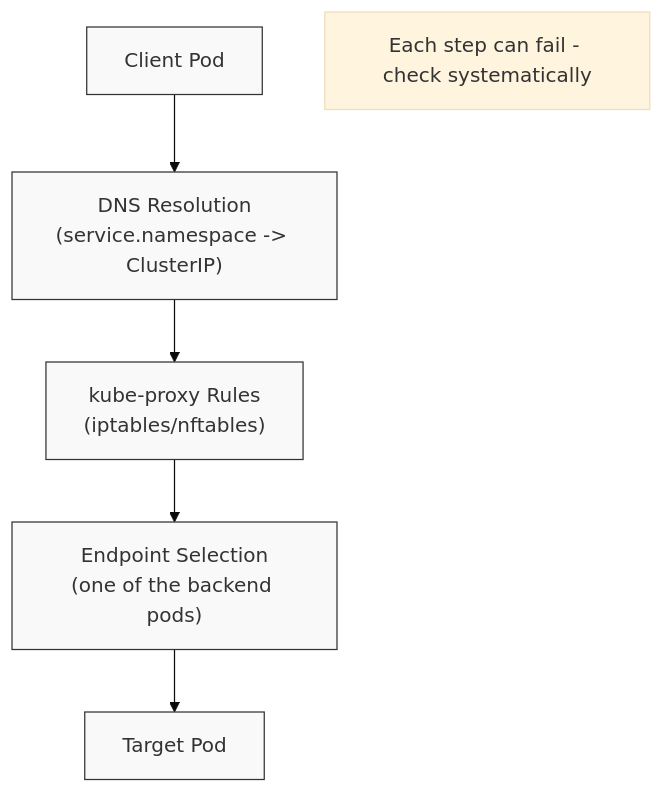
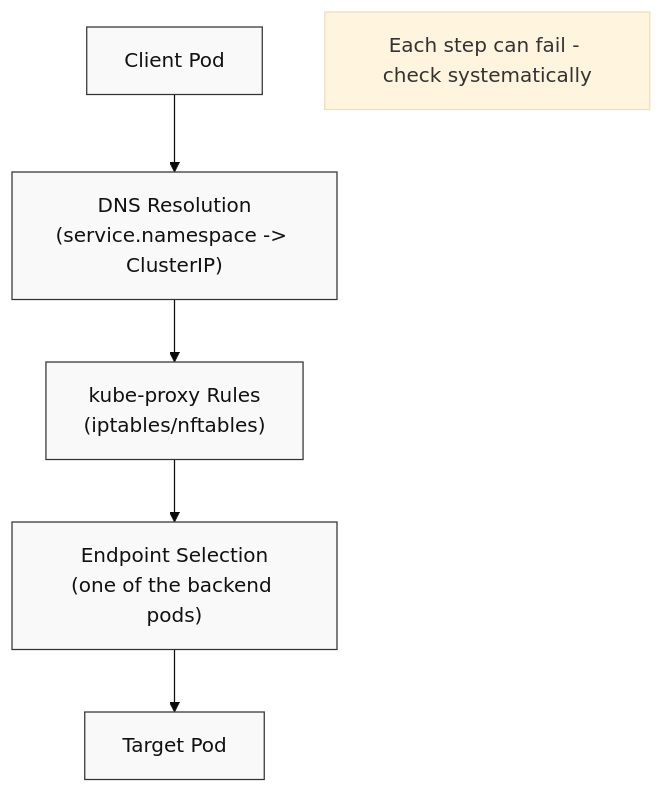
One commit to kube-dojo/kube-dojo.github.io changed the fourth of 6 diagrams in src/content/docs/k8s/cka/part5-troubleshooting/module-5.5-networking.md. Above: the diagram before and after it, drawn with Mermaid (base theme). The commit also changed other lines of this file and 16 other files, not shown here.

Commit message:
fix(content): complete English diagram foregrounds (#3446)

````diff
--- a/src/content/docs/k8s/cka/part5-troubleshooting/module-5.5-networking.md
+++ b/src/content/docs/k8s/cka/part5-troubleshooting/module-5.5-networking.md
@@ -266,21 +266,21 @@
 ```mermaid
 flowchart TD
     A["Client Pod"]
     B["DNS Resolution<br>(service.namespace -> ClusterIP)"]
     C["kube-proxy Rules<br>(iptables/nftables)"]
     D["Endpoint Selection<br>(one of the backend pods)"]
     E["Target Pod"]
 
     A --> B
     B --> C
     C --> D
     D --> E
 
-    style A fill:#f9f9f9,stroke:#333
-    style B fill:#f9f9f9,stroke:#333
-    style C fill:#f9f9f9,stroke:#333
-    style D fill:#f9f9f9,stroke:#333
-    style E fill:#f9f9f9,stroke:#333
+    style A fill:#f9f9f9,stroke:#333,color:#111
+    style B fill:#f9f9f9,stroke:#333,color:#111
+    style C fill:#f9f9f9,stroke:#333,color:#111
+    style D fill:#f9f9f9,stroke:#333,color:#111
+    style E fill:#f9f9f9,stroke:#333,color:#111
     
     Note["Each step can fail - check systematically"]
 ```
````
